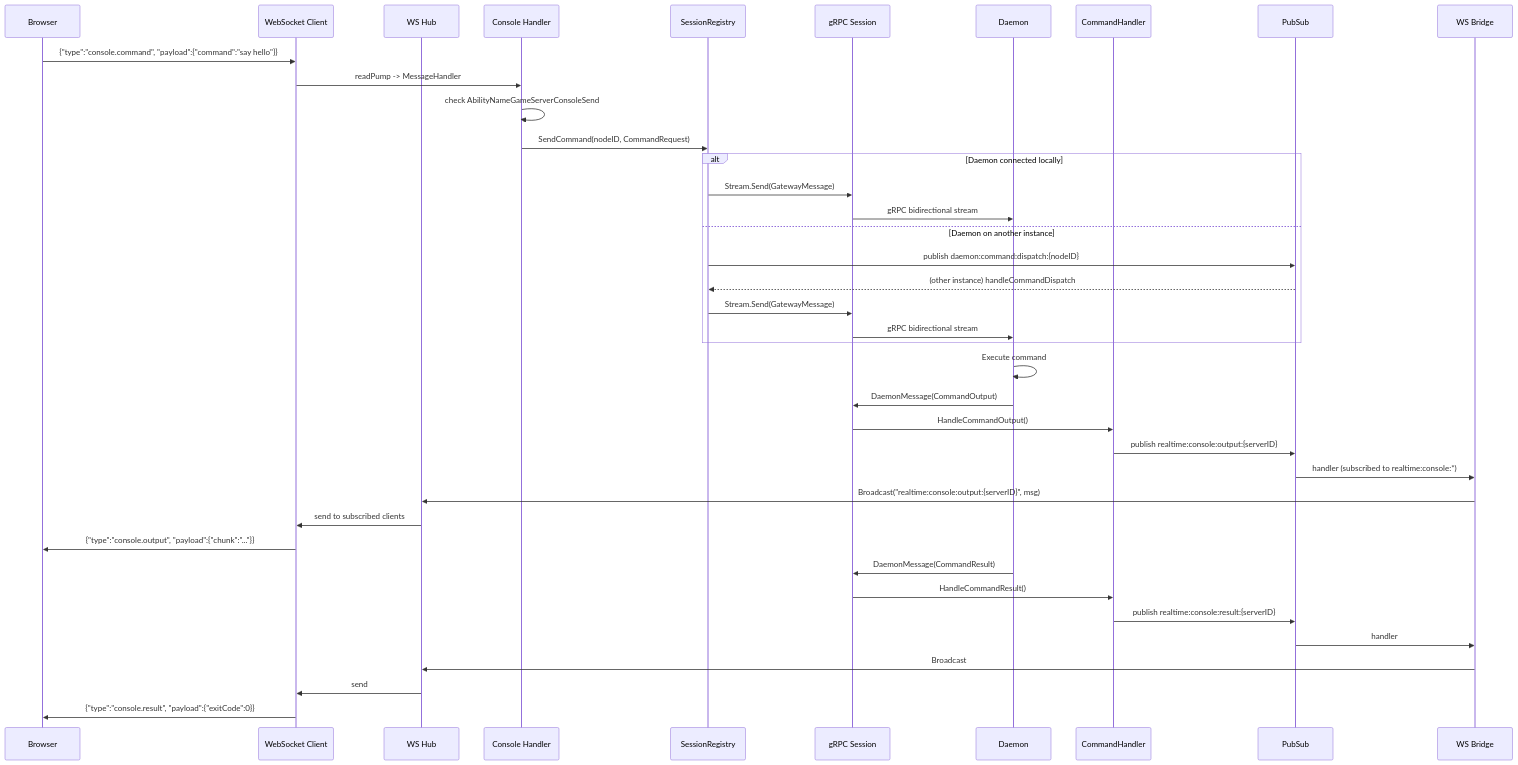
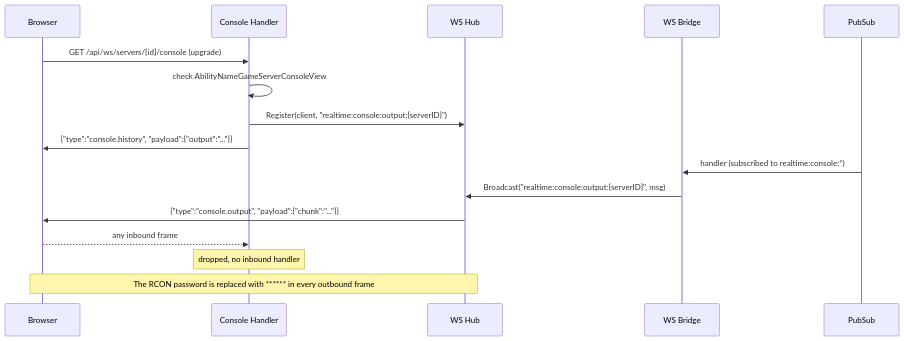
Before and after one commit to gameap/gameap: the second of 3 diagrams in docs/events/ARCHITECTURE.md, drawn with Mermaid. The commit also changed other lines of this file and 1 other file, not shown here.

````diff
--- a/docs/events/ARCHITECTURE.md
+++ b/docs/events/ARCHITECTURE.md
@@ -129,45 +135,22 @@
 ```mermaid
 sequenceDiagram
     participant B as Browser
-    participant WS as WebSocket Client
+    participant CH as Console Handler
     participant Hub as WS Hub
-    participant CH as Console Handler
-    participant Reg as SessionRegistry
-    participant S as gRPC Session
-    participant D as Daemon
-    participant CmdH as CommandHandler
+    participant Bridge as WS Bridge
     participant PS as PubSub
-    participant Bridge as WS Bridge
 
-    B->>WS: {"type":"console.command", "payload":{"command":"say hello"}}
-    WS->>CH: readPump -> MessageHandler
-    CH->>CH: check AbilityNameGameServerConsoleSend
-    CH->>Reg: SendCommand(nodeID, CommandRequest)
+    B->>CH: GET /api/ws/servers/{id}/console (upgrade)
+    CH->>CH: check AbilityNameGameServerConsoleView
+    CH->>Hub: Register(client, "realtime:console:output:{serverID}")
+    CH->>B: {"type":"console.history", "payload":{"output":"..."}}
 
-    alt Daemon connected locally
-        Reg->>S: Stream.Send(GatewayMessage)
-        S->>D: gRPC bidirectional stream
-    else Daemon on another instance
-        Reg->>PS: publish daemon:command:dispatch:{nodeID}
-        PS-->>Reg: (other instance) handleCommandDispatch
-        Reg->>S: Stream.Send(GatewayMessage)
-        S->>D: gRPC bidirectional stream
-    end
-
-    D->>D: Execute command
-    D->>S: DaemonMessage(CommandOutput)
-    S->>CmdH: HandleCommandOutput()
-    CmdH->>PS: publish realtime:console:output:{serverID}
     PS->>Bridge: handler (subscribed to realtime:console:*)
     Bridge->>Hub: Broadcast("realtime:console:output:{serverID}", msg)
-    Hub->>WS: send to subscribed clients
-    WS->>B: {"type":"console.output", "payload":{"chunk":"..."}}
+    Hub->>B: {"type":"console.output", "payload":{"chunk":"..."}}
 
-    D->>S: DaemonMessage(CommandResult)
-    S->>CmdH: HandleCommandResult()
-    CmdH->>PS: publish realtime:console:result:{serverID}
-    PS->>Bridge: handler
-    Bridge->>Hub: Broadcast
-    Hub->>WS: send
-    WS->>B: {"type":"console.result", "payload":{"exitCode":0}}
+    B-->>CH: any inbound frame
+    Note over CH: dropped, no inbound handler
+
+    Note over B,Hub: The RCON password is replaced with ****** in every outbound frame
 ```
````
